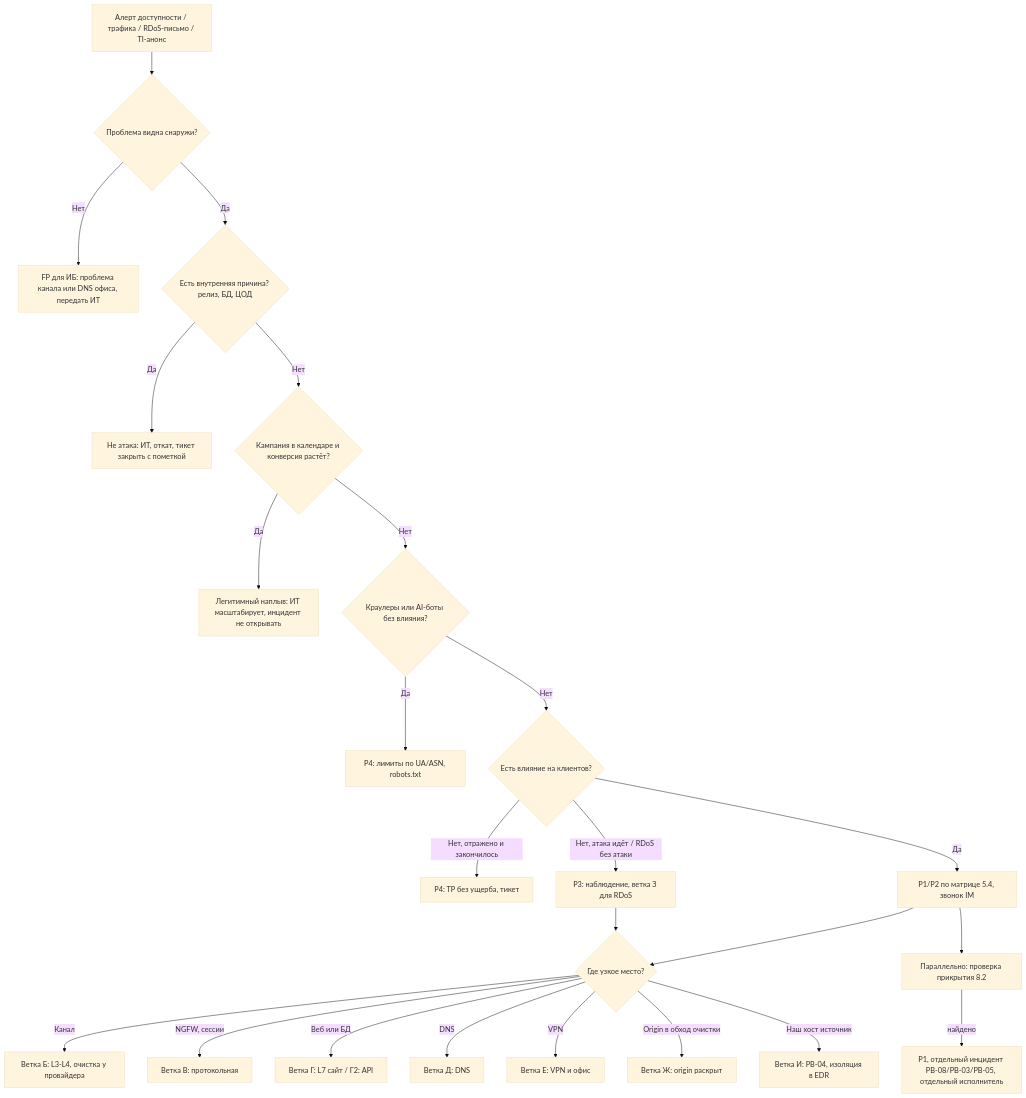
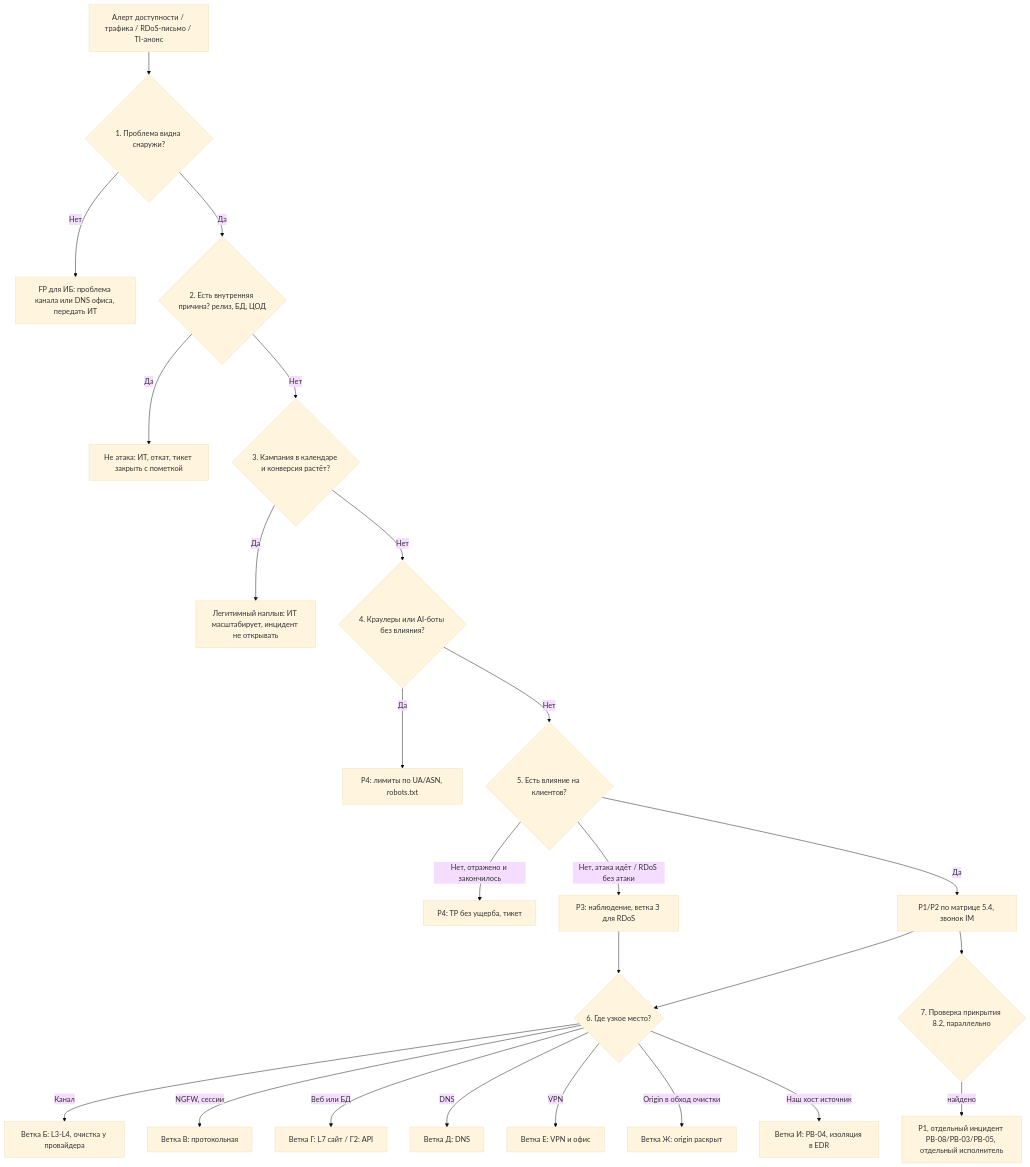
One commit to vehpbkrby/security-playbook changed the diagram in playbooks/PB-06-ddos.md. Above: the diagram before and after it, drawn with Mermaid (base theme). The commit also changed other lines of this file and 13 other files, not shown here.

````diff
--- a/playbooks/PB-06-ddos.md
+++ b/playbooks/PB-06-ddos.md
@@ -241,26 +162,26 @@
 ```mermaid
 flowchart TD
-    S[Алерт доступности / трафика / RDoS-письмо / TI-анонс] --> E{Проблема видна снаружи?}
+    S[Алерт доступности / трафика / RDoS-письмо / TI-анонс] --> E{1. Проблема видна снаружи?}
     E -- Нет --> FP1[FP для ИБ: проблема канала или DNS офиса, передать ИТ]
-    E -- Да --> C{Есть внутренняя причина? релиз, БД, ЦОД}
+    E -- Да --> C{2. Есть внутренняя причина? релиз, БД, ЦОД}
     C -- Да --> FP2[Не атака: ИТ, откат, тикет закрыть с пометкой]
-    C -- Нет --> M{Кампания в календаре и конверсия растёт?}
+    C -- Нет --> M{3. Кампания в календаре и конверсия растёт?}
     M -- Да --> FP3[Легитимный наплыв: ИТ масштабирует, инцидент не открывать]
-    M -- Нет --> K{Краулеры или AI-боты без влияния?}
+    M -- Нет --> K{4. Краулеры или AI-боты без влияния?}
     K -- Да --> P4a[P4: лимиты по UA/ASN, robots.txt]
-    K -- Нет --> I{Есть влияние на клиентов?}
+    K -- Нет --> I{5. Есть влияние на клиентов?}
     I -- Нет, отражено и закончилось --> P4b[P4: TP без ущерба, тикет]
     I -- Нет, атака идёт / RDoS без атаки --> P3[P3: наблюдение, ветка З для RDoS]
     I -- Да --> P12[P1/P2 по матрице 5.4, звонок IM]
-    P12 --> B{Где узкое место?}
+    P12 --> B{6. Где узкое место?}
     P3 --> B
     B -- Канал --> VB[Ветка Б: L3-L4, очистка у провайдера]
     B -- NGFW, сессии --> VV[Ветка В: протокольная]
     B -- Веб или БД --> VG[Ветка Г: L7 сайт / Г2: API]
     B -- DNS --> VD[Ветка Д: DNS]
     B -- VPN --> VE[Ветка Е: VPN и офис]
     B -- Origin в обход очистки --> VJ[Ветка Ж: origin раскрыт]
     B -- Наш хост источник --> VI[Ветка И: PB-04, изоляция в EDR]
-    P12 --> SM[Параллельно: проверка прикрытия 8.2]
+    P12 --> SM{7. Проверка прикрытия 8.2, параллельно}
     SM -- найдено --> P1x[P1, отдельный инцидент PB-08/PB-03/PB-05, отдельный исполнитель]
 ```
````
